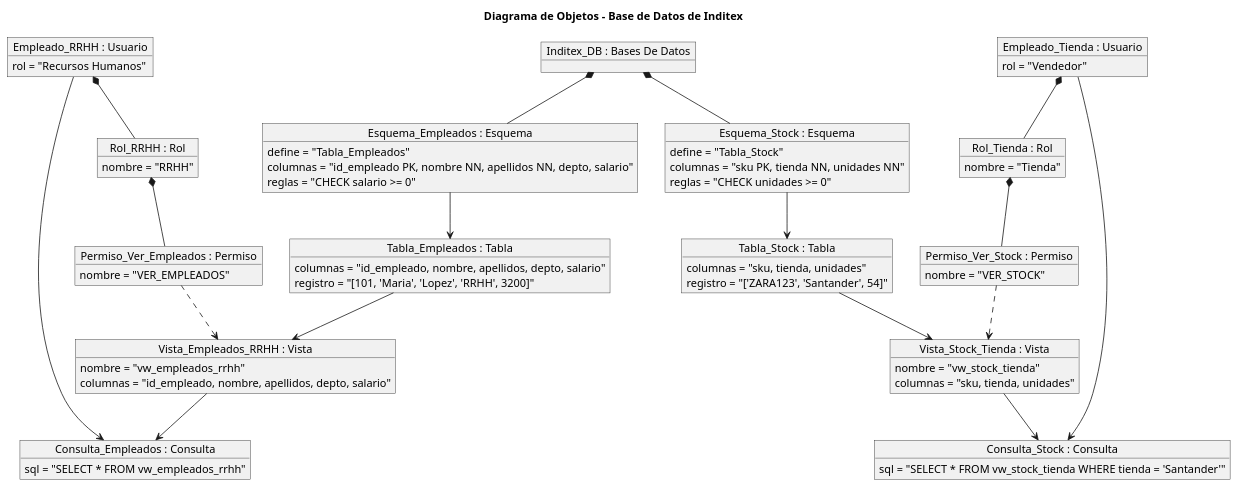
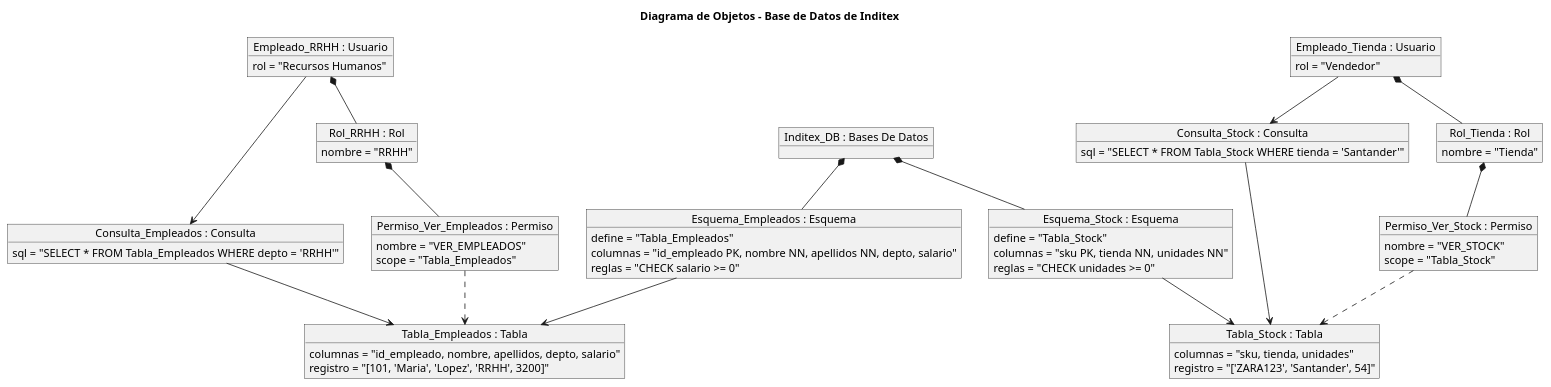
Before and after one commit to beatriizorozco/25-26-IDSW1: the diagram in entregas/orozcoBeatriz/modelosUML/diagramaDeObjetosInditex.puml, drawn with PlantUML. The commit also changed 3 other files, not shown here.

Commit message:
Añado Diagrama de Objetos con Caso de Uso Hospital

```diff
--- a/entregas/orozcoBeatriz/modelosUML/diagramaDeObjetosInditex.puml
+++ b/entregas/orozcoBeatriz/modelosUML/diagramaDeObjetosInditex.puml
@@ -1,85 +1,73 @@
 @startuml diagramaObjetosInditex
 title Diagrama de Objetos - Base de Datos de Inditex
 
 object "Empleado_RRHH : Usuario" as UserRH {
     rol = "Recursos Humanos"
 }
 object "Empleado_Tienda : Usuario" as UserTienda {
     rol = "Vendedor"
 }
 
 object "Inditex_DB : Bases De Datos" as BD
 
 object "Esquema_Empleados : Esquema" as EsqEmp {
     define = "Tabla_Empleados"
     columnas = "id_empleado PK, nombre NN, apellidos NN, depto, salario"
     reglas = "CHECK salario >= 0"
 }
 object "Esquema_Stock : Esquema" as EsqStock {
     define = "Tabla_Stock"
     columnas = "sku PK, tienda NN, unidades NN"
     reglas = "CHECK unidades >= 0"
 }
 
 object "Tabla_Empleados : Tabla" as TablaEmp {
     columnas = "id_empleado, nombre, apellidos, depto, salario"
     registro = "[101, 'Maria', 'Lopez', 'RRHH', 3200]"
 }
 object "Tabla_Stock : Tabla" as TablaStock {
     columnas = "sku, tienda, unidades"
     registro = "['ZARA123', 'Santander', 54]"
 }
 
-object "Vista_Empleados_RRHH : Vista" as VistaEmp {
-    nombre = "vw_empleados_rrhh"
-    columnas = "id_empleado, nombre, apellidos, depto, salario"
-}
-object "Vista_Stock_Tienda : Vista" as VistaStock {
-    nombre = "vw_stock_tienda"
-    columnas = "sku, tienda, unidades"
-}
-
 object "Consulta_Empleados : Consulta" as QryEmp {
-    sql = "SELECT * FROM vw_empleados_rrhh"
+    sql = "SELECT * FROM Tabla_Empleados WHERE depto = 'RRHH'"
 }
 object "Consulta_Stock : Consulta" as QryStock {
-    sql = "SELECT * FROM vw_stock_tienda WHERE tienda = 'Santander'"
+    sql = "SELECT * FROM Tabla_Stock WHERE tienda = 'Santander'"
 }
 
 object "Rol_RRHH : Rol" as RolRH {
     nombre = "RRHH"
 }
 object "Rol_Tienda : Rol" as RolTienda {
     nombre = "Tienda"
 }
 object "Permiso_Ver_Empleados : Permiso" as PermEmp {
     nombre = "VER_EMPLEADOS"
+    scope = "Tabla_Empleados"
 }
 object "Permiso_Ver_Stock : Permiso" as PermStock {
     nombre = "VER_STOCK"
+    scope = "Tabla_Stock"
 }
-
-TablaEmp --> VistaEmp
-TablaStock --> VistaStock
-
-VistaEmp --> QryEmp
-VistaStock --> QryStock
-
-UserRH *-- RolRH
-UserTienda *-- RolTienda
-
-RolRH *-- PermEmp
-RolTienda *-- PermStock
-
-PermEmp ..> VistaEmp
-PermStock ..> VistaStock
-
-UserRH --> QryEmp
-UserTienda --> QryStock
 
 BD *-- EsqEmp
 BD *-- EsqStock
 EsqEmp --> TablaEmp
 EsqStock --> TablaStock
 
+QryEmp --> TablaEmp
+QryStock --> TablaStock
+
+UserRH *-- RolRH
+RolRH *-- PermEmp
+PermEmp ..> TablaEmp
+UserRH --> QryEmp
+
+UserTienda *-- RolTienda
+RolTienda *-- PermStock
+PermStock ..> TablaStock
+UserTienda --> QryStock
+
 @enduml
```
